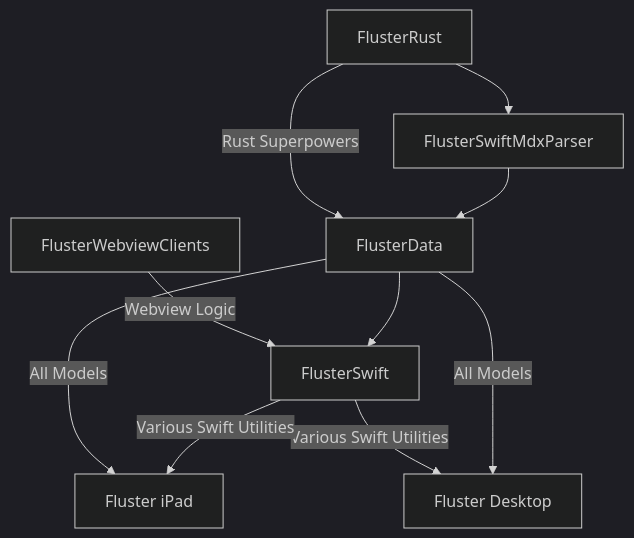
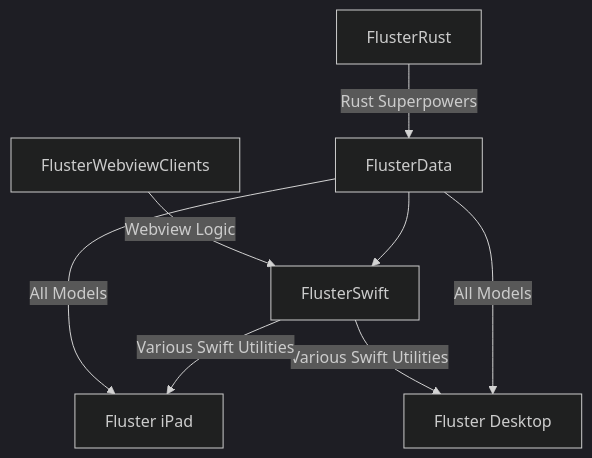
Before and after one commit to flusterIO/fluster-ipad: the diagram in docs/development/dependency_diagram/package_diagram.mmd, drawn with Mermaid (dark theme). The commit also changed 47 other files, not shown here.

```diff
--- a/docs/development/dependency_diagram/package_diagram.mmd
+++ b/docs/development/dependency_diagram/package_diagram.mmd
@@ -1,10 +1,9 @@
+%% TODO: Update this.
 flowchart TD
     WebClients[FlusterWebviewClients] -->|Webview Logic| FlusterSwift[FlusterSwift]
     FlusterRust[FlusterRust] -->|Rust Superpowers| FlusterData
     FlusterData[FlusterData] -->|All Models| FlusterIpad[Fluster iPad]
-    FlusterSwiftMdxParser[FlusterSwiftMdxParser] --> FlusterData
-    FlusterRust -->  FlusterSwiftMdxParser
     FlusterSwift -->|Various Swift Utilities| FlusterDesktop
     FlusterData -->|All Models| FlusterDesktop[Fluster Desktop]
     FlusterData --> FlusterSwift
     FlusterSwift -->|Various Swift Utilities| FlusterIpad
```
